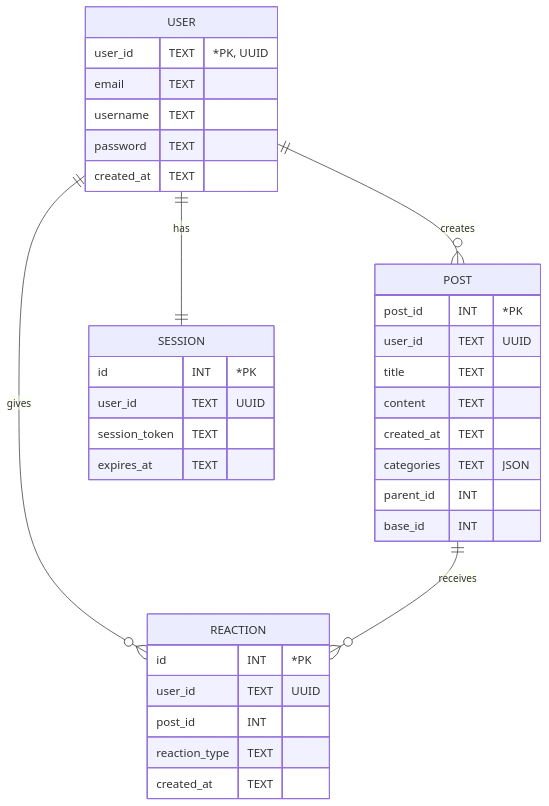
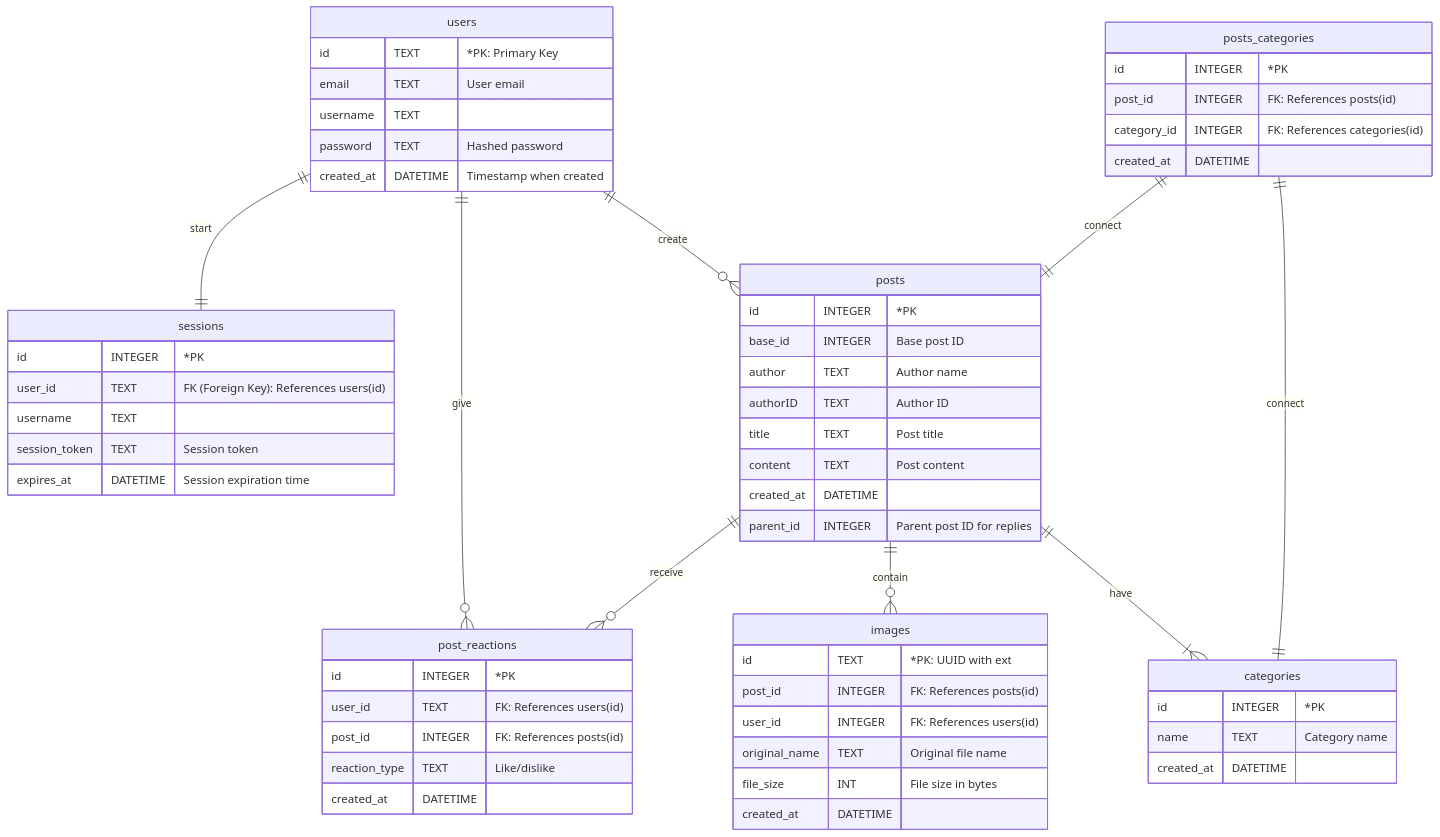
Before and after one commit to olegamobile/forum: the diagram in README.md, drawn with Mermaid. The commit also changed other lines of this file, not shown here.

Commit message:
updated README.md, ERD, sample site gif

````diff
--- a/README.md
+++ b/README.md
@@ -42,38 +45,69 @@
 ```mermaid
 erDiagram
-    USER {
-        user_id TEXT "*PK, UUID"
-        email TEXT
-        username TEXT
-        password TEXT
-        created_at TEXT
-    }
-    POST {
-        post_id INT "*PK"
-        user_id TEXT "UUID"
-        title TEXT
-        content TEXT
-        created_at TEXT
-        categories TEXT "JSON"
-        parent_id INT
-        base_id INT
-    }
-    REACTION {
-        id INT "*PK"
-        user_id TEXT "UUID"
-        post_id INT
-        reaction_type TEXT
-        created_at TEXT
-    }
-    SESSION {
-        id INT "*PK"
-        user_id TEXT "UUID"
-        session_token TEXT
-        expires_at TEXT
-    }
+  users {
+    id TEXT "*PK: Primary Key"
+		email TEXT "User email"
+		username TEXT
+		password TEXT "Hashed password"
+		created_at DATETIME "Timestamp when created"
+  }
 
-    USER ||--|| SESSION : has
-    USER ||--o{ POST : creates
-    USER ||--o{ REACTION : gives
-    POST ||--o{ REACTION : receives
+  sessions {
+		id INTEGER "*PK"
+		user_id TEXT "FK (Foreign Key): References users(id)"
+		username TEXT
+		session_token TEXT "Session token"
+		expires_at DATETIME "Session expiration time"
+  }
+
+  posts {
+    id INTEGER "*PK"
+		base_id INTEGER "Base post ID"
+		author TEXT "Author name"
+		authorID TEXT "Author ID"
+		title TEXT "Post title"
+		content TEXT "Post content"
+		created_at DATETIME
+		parent_id INTEGER "Parent post ID for replies"
+  }
+
+  post_reactions {
+    id INTEGER "*PK"
+		user_id TEXT "FK: References users(id)"
+		post_id INTEGER "FK: References posts(id)"
+		reaction_type TEXT "Like/dislike"
+		created_at DATETIME
+  }
+
+  categories {
+    id INTEGER "*PK"
+		name TEXT "Category name"
+		created_at DATETIME
+  }
+
+  posts_categories {
+    id INTEGER "*PK"
+		post_id INTEGER "FK: References posts(id)"
+		category_id INTEGER "FK: References categories(id)"
+		created_at DATETIME
+  }
+
+  images {
+    id TEXT "*PK: UUID with ext"
+  	post_id INTEGER "FK: References posts(id)"
+	  user_id INTEGER "FK: References users(id)"
+	  original_name TEXT "Original file name"
+	  file_size INT "File size in bytes"
+	  created_at DATETIME
+  }
+
+  %% Relationships
+  users ||--|| sessions : start
+  users ||--o{ posts : create
+  users ||--o{ post_reactions : give
+  posts ||--o{ post_reactions : receive
+  posts ||--o{ images : contain
+  posts ||--|{ categories : have
+  posts_categories ||--|| categories : connect
+  posts_categories ||--|| posts : connect
 ```
````
